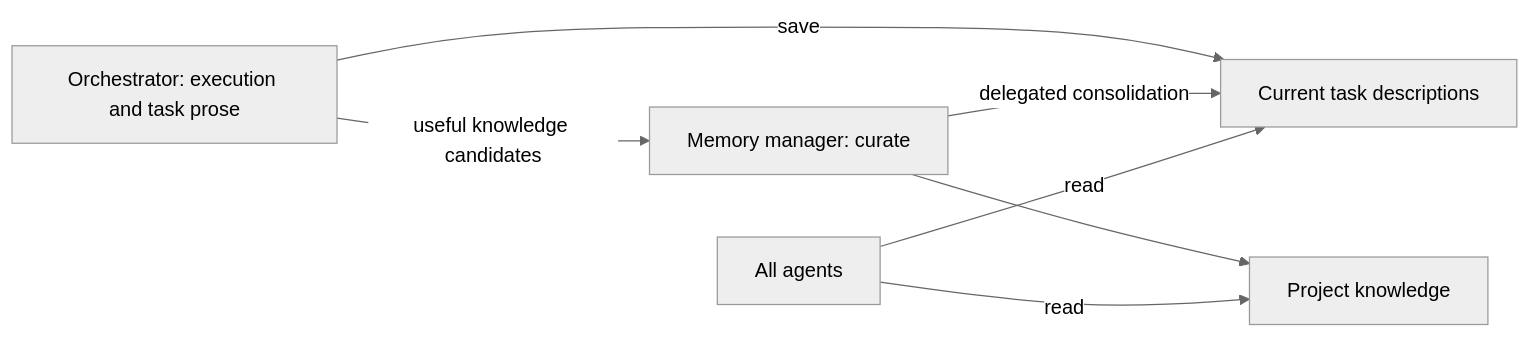
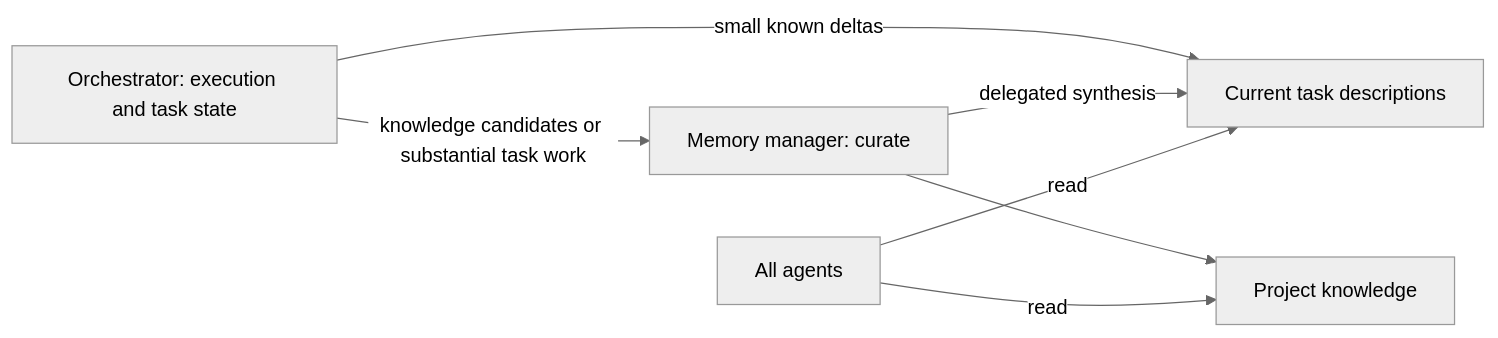
One commit to smartfrog/opencode-froggy changed the diagram in docs/memory.md. Above: the diagram before and after it, drawn with Mermaid (neutral theme). The commit also changed other lines of this file and 5 other files, not shown here.

Commit message:
docs(memory): clarify hybrid task ownership

````diff
--- a/docs/memory.md
+++ b/docs/memory.md
@@ -6,9 +6,9 @@
 ```mermaid
 flowchart LR
-    O[Orchestrator: execution and task prose] -->|save| T[Current task descriptions]
-    O -->|useful knowledge candidates| M[Memory manager: curate]
-    M -->|delegated consolidation| T
+    O[Orchestrator: execution and task state] -->|small known deltas| T[Current task descriptions]
+    O -->|knowledge candidates or substantial task work| M[Memory manager: curate]
+    M -->|delegated synthesis| T
     M --> K[Project knowledge]
     A[All agents] -->|read| T
     A -->|read| K
 ```
````
